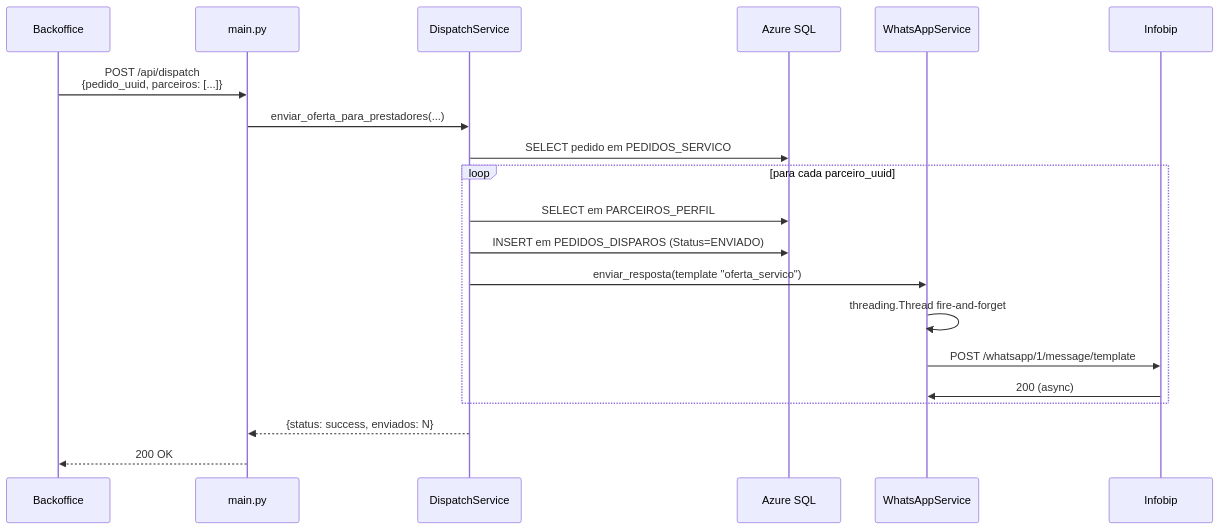
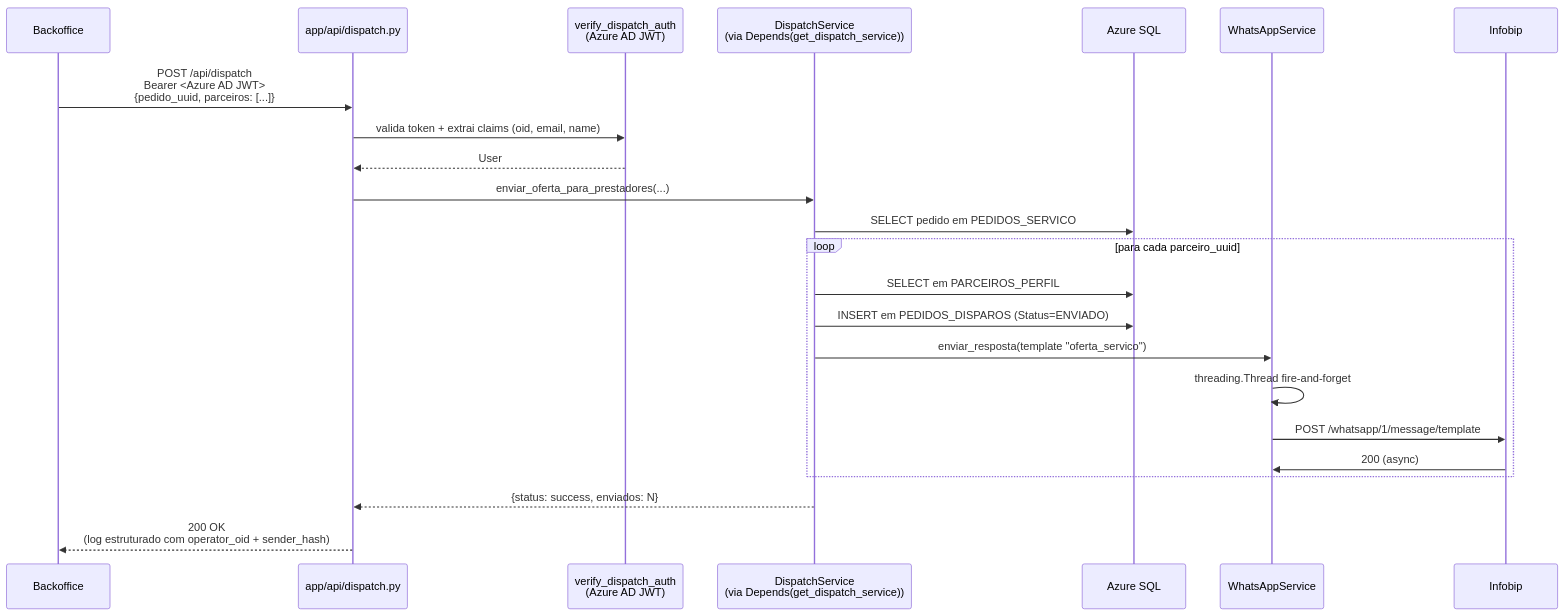
Before and after one commit to LucioFlavioRosa/mvp0: the third of 4 diagrams in docs/ARCHITECTURE.md, drawn with Mermaid. The commit also changed other lines of this file and 9 other files, not shown here.

````diff
--- a/docs/ARCHITECTURE.md
+++ b/docs/ARCHITECTURE.md
@@ -86,23 +97,26 @@
 ```mermaid
 sequenceDiagram
     participant Backoffice
-    participant Main as main.py
-    participant Dispatch as DispatchService
+    participant Dispatch as app/api/dispatch.py
+    participant Auth as verify_dispatch_auth<br>(Azure AD JWT)
+    participant Svc as DispatchService<br>(via Depends(get_dispatch_service))
     participant DB as Azure SQL
     participant WhatsApp as WhatsAppService
     participant Infobip
 
-    Backoffice->>Main: POST /api/dispatch<br>{pedido_uuid, parceiros: [...]}
-    Main->>Dispatch: enviar_oferta_para_prestadores(...)
-    Dispatch->>DB: SELECT pedido em PEDIDOS_SERVICO
+    Backoffice->>Dispatch: POST /api/dispatch<br>Bearer <Azure AD JWT><br>{pedido_uuid, parceiros: [...]}
+    Dispatch->>Auth: valida token + extrai claims (oid, email, name)
+    Auth-->>Dispatch: User
+    Dispatch->>Svc: enviar_oferta_para_prestadores(...)
+    Svc->>DB: SELECT pedido em PEDIDOS_SERVICO
     loop para cada parceiro_uuid
-        Dispatch->>DB: SELECT em PARCEIROS_PERFIL
-        Dispatch->>DB: INSERT em PEDIDOS_DISPAROS (Status=ENVIADO)
-        Dispatch->>WhatsApp: enviar_resposta(template "oferta_servico")
+        Svc->>DB: SELECT em PARCEIROS_PERFIL
+        Svc->>DB: INSERT em PEDIDOS_DISPAROS (Status=ENVIADO)
+        Svc->>WhatsApp: enviar_resposta(template "oferta_servico")
         WhatsApp->>WhatsApp: threading.Thread fire-and-forget
         WhatsApp->>Infobip: POST /whatsapp/1/message/template
         Infobip->>WhatsApp: 200 (async)
     end
-    Dispatch-->>Main: {status: success, enviados: N}
-    Main-->>Backoffice: 200 OK
+    Svc-->>Dispatch: {status: success, enviados: N}
+    Dispatch-->>Backoffice: 200 OK<br>(log estruturado com operator_oid + sender_hash)
 ```
````
